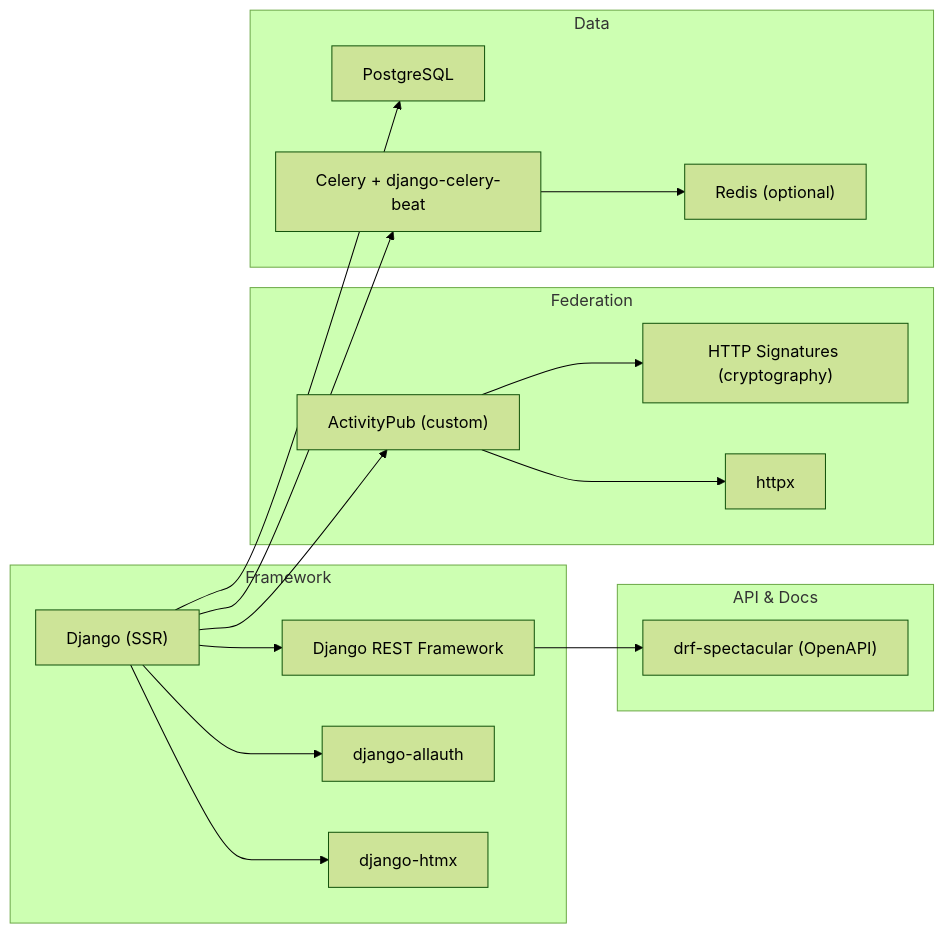
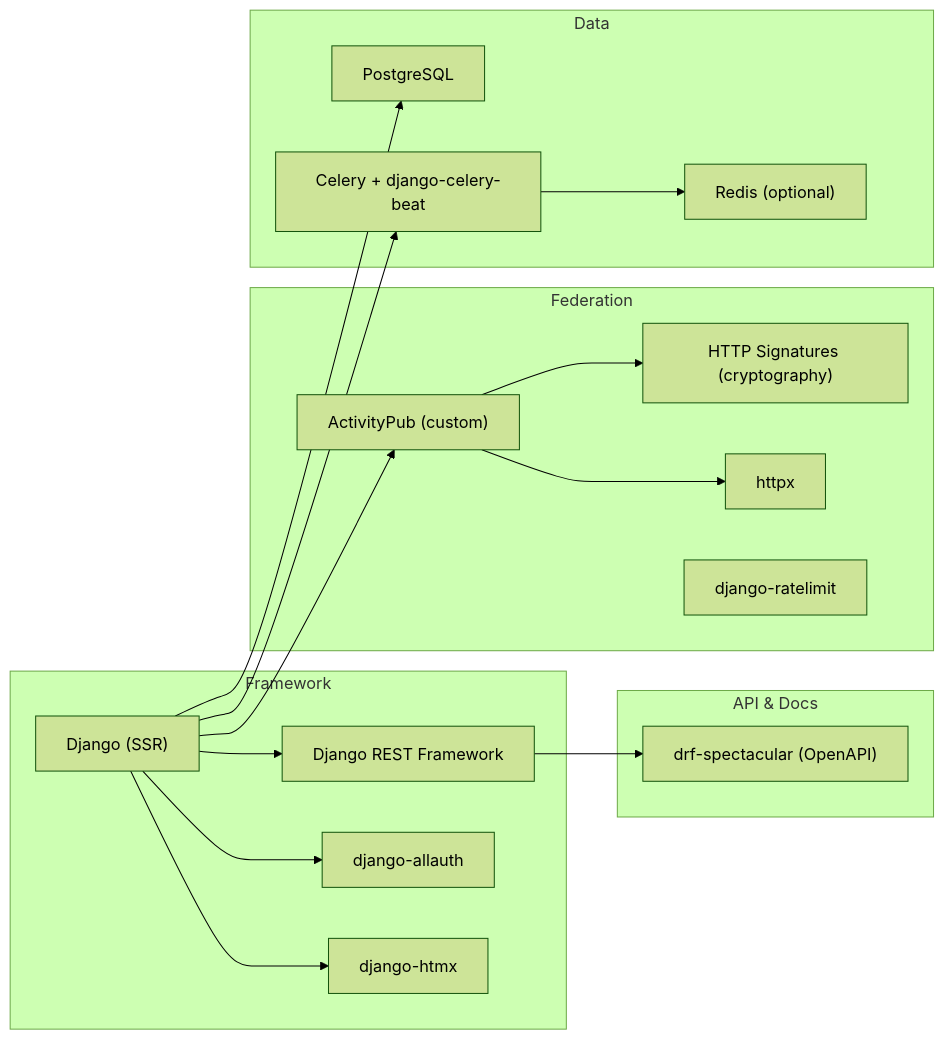
One commit to RebelliousSmile/suddenly changed the first of 2 diagrams in aidd_docs/memory/ARCHITECTURE.md. Above: the diagram before and after it, drawn with Mermaid (forest theme). The commit also changed 4 other files, not shown here.

First line of the commit message:
docs(decisions): add DEC-020/021, update architecture and AP rules

````diff
--- a/aidd_docs/memory/ARCHITECTURE.md
+++ b/aidd_docs/memory/ARCHITECTURE.md
@@ -9,32 +9,33 @@
 ```mermaid
 flowchart LR
     subgraph "Framework"
         Django["Django (SSR)"]
         DRF["Django REST Framework"]
         Allauth["django-allauth"]
         HTMX["django-htmx"]
     end
     subgraph "Federation"
         AP["ActivityPub (custom)"]
         Sig["HTTP Signatures (cryptography)"]
         HTTPX["httpx"]
+        RL["django-ratelimit"]
     end
     subgraph "Data"
         PG["PostgreSQL"]
         Celery["Celery + django-celery-beat"]
         Redis["Redis (optional)"]
     end
     subgraph "API & Docs"
         Spectacular["drf-spectacular (OpenAPI)"]
     end
     Django --> DRF
     Django --> Allauth
     Django --> HTMX
     DRF --> Spectacular
     Django --> AP
     AP --> Sig
     AP --> HTTPX
     Django --> PG
     Django --> Celery
     Celery --> Redis
 ```
````
